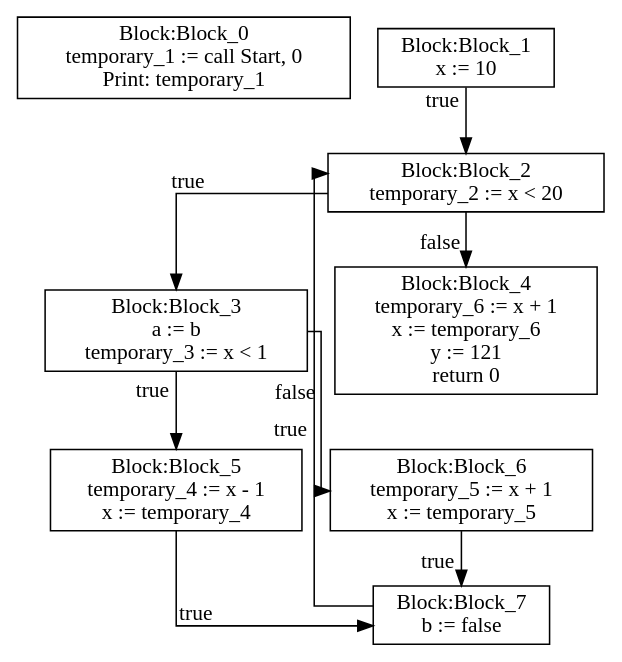
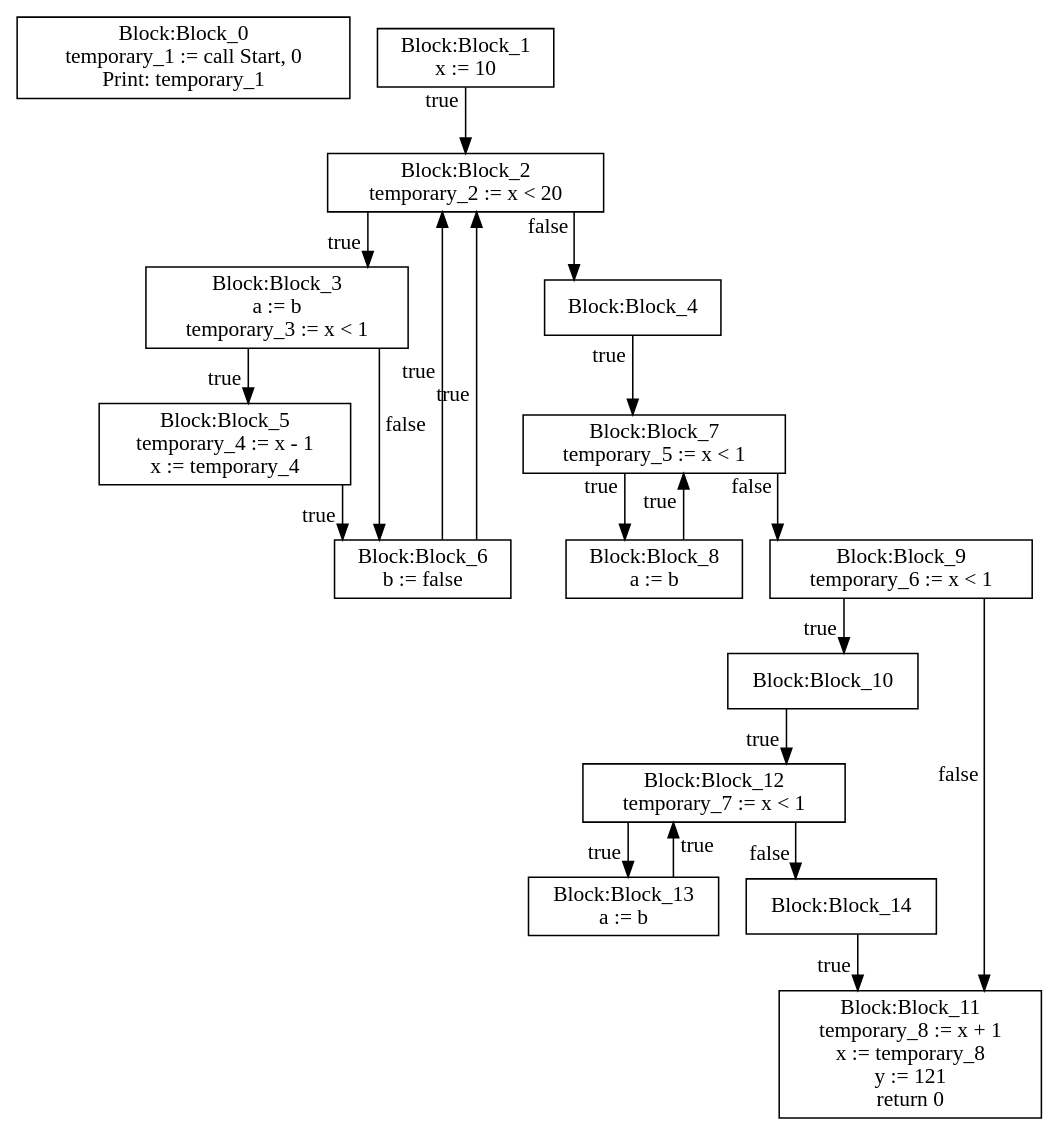
One commit to moondog-matthew/compiler-dv1655 changed the diagram in lab3/CFG-tree.dot. Above: the diagram before and after it, drawn with Graphviz. The commit also changed 2 other files, not shown here.

```diff
--- a/lab3/CFG-tree.dot
+++ b/lab3/CFG-tree.dot
@@ -1,35 +1,63 @@
 digraph {
 graph [ splines = ortho ]
 	node [ shape = box ];
 Block_0 [label="Block:Block_0
 temporary_1 := call Start, 0
 Print: temporary_1"];
 Block_1 [label="Block:Block_1
 x := 10"];
 Block_1 -> Block_2 [xlabel = "true"]
 Block_2 [label="Block:Block_2
 temporary_2 := x < 20"];
 Block_2 -> Block_3 [xlabel = "true"]
 Block_3 [label="Block:Block_3
 a := b
 temporary_3 := x < 1"];
 Block_3 -> Block_5 [xlabel = "true"]
 Block_5 [label="Block:Block_5
 temporary_4 := x - 1
 x := temporary_4"];
-Block_5 -> Block_7 [xlabel = "true"]
-Block_7 [label="Block:Block_7
+Block_5 -> Block_6 [xlabel = "true"]
+Block_6 [label="Block:Block_6
 b := false"];
-Block_7 -> Block_2 [xlabel = "true"]
+Block_6 -> Block_2 [xlabel = "true"]
 Block_3 -> Block_6 [xlabel = "false"]
 Block_6 [label="Block:Block_6
-temporary_5 := x + 1
-x := temporary_5"];
-Block_6 -> Block_7 [xlabel = "true"]
+b := false"];
+Block_6 -> Block_2 [xlabel = "true"]
 Block_2 -> Block_4 [xlabel = "false"]
-Block_4 [label="Block:Block_4
-temporary_6 := x + 1
-x := temporary_6
+Block_4 [label="Block:Block_4"];
+Block_4 -> Block_7 [xlabel = "true"]
+Block_7 [label="Block:Block_7
+temporary_5 := x < 1"];
+Block_7 -> Block_8 [xlabel = "true"]
+Block_8 [label="Block:Block_8
+a := b"];
+Block_8 -> Block_7 [xlabel = "true"]
+Block_7 -> Block_9 [xlabel = "false"]
+Block_9 [label="Block:Block_9
+temporary_6 := x < 1"];
+Block_9 -> Block_10 [xlabel = "true"]
+Block_10 [label="Block:Block_10"];
+Block_10 -> Block_12 [xlabel = "true"]
+Block_12 [label="Block:Block_12
+temporary_7 := x < 1"];
+Block_12 -> Block_13 [xlabel = "true"]
+Block_13 [label="Block:Block_13
+a := b"];
+Block_13 -> Block_12 [xlabel = "true"]
+Block_12 -> Block_14 [xlabel = "false"]
+Block_14 [label="Block:Block_14"];
+Block_14 -> Block_11 [xlabel = "true"]
+Block_11 [label="Block:Block_11
+temporary_8 := x + 1
+x := temporary_8
+y := 121
+return 0"];
+Block_9 -> Block_11 [xlabel = "false"]
+Block_11 [label="Block:Block_11
+temporary_8 := x + 1
+x := temporary_8
 y := 121
 return 0"];
 }
```
